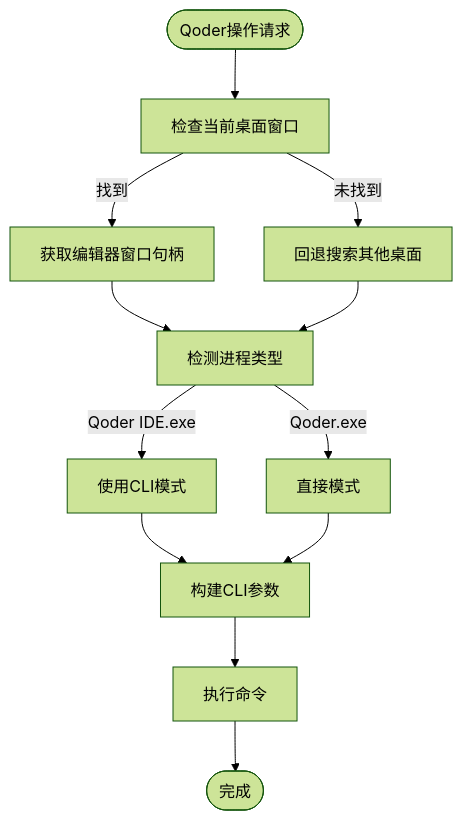
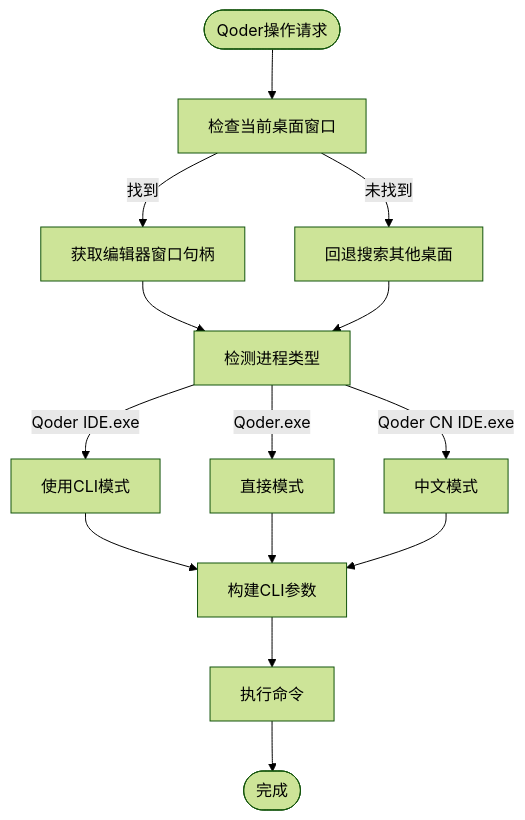
One commit to wangys-123doit/hotkey changed the seventh of 15 diagrams in .qoder/repowiki/zh/content/核心功能/热键管理系统.md. Above: the diagram before and after it, drawn with Mermaid (forest theme). The commit also changed other lines of this file and 4 other files, not shown here.

````diff
--- a/.qoder/repowiki/zh/content/核心功能/热键管理系统.md
+++ b/.qoder/repowiki/zh/content/核心功能/热键管理系统.md
@@ -265,14 +274,16 @@
 ```mermaid
 flowchart TD
 Start(["Qoder操作请求"]) --> CheckCurrentDesktop["检查当前桌面窗口"]
 CheckCurrentDesktop --> |找到| GetEditorHwnd["获取编辑器窗口句柄"]
 CheckCurrentDesktop --> |未找到| FallbackSearch["回退搜索其他桌面"]
 GetEditorHwnd --> DetectProcess["检测进程类型"]
 FallbackSearch --> DetectProcess
 DetectProcess --> |Qoder IDE.exe| UseCLIMode["使用CLI模式"]
 DetectProcess --> |Qoder.exe| DirectMode["直接模式"]
+DetectProcess --> |Qoder CN IDE.exe| CNMode["中文模式"]
 UseCLIMode --> BuildArgs["构建CLI参数"]
 DirectMode --> BuildArgs
+CNMode --> BuildArgs
 BuildArgs --> ExecuteCommand["执行命令"]
 ExecuteCommand --> End(["完成"])
 ```
````
